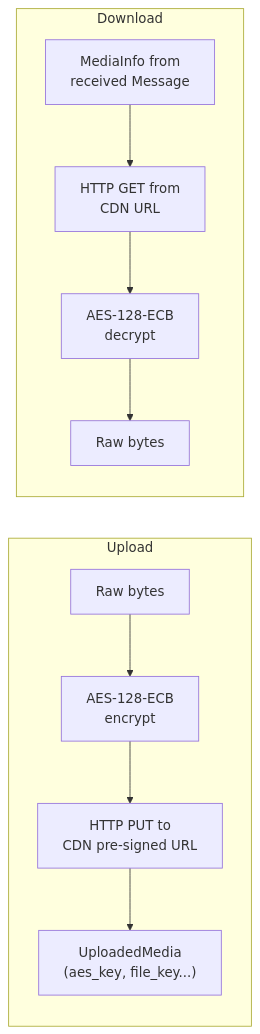
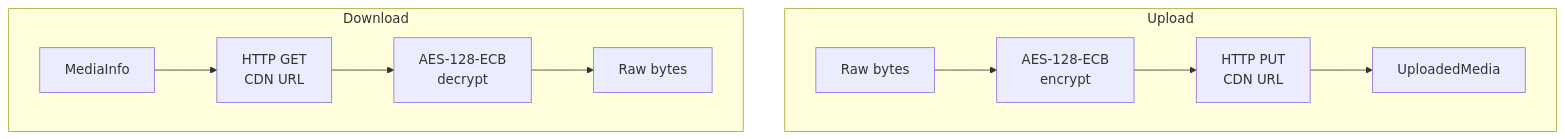
The sixth of 9 diagrams in docs/architecture.md (Oaklight/weilink), drawn with Mermaid before and after one commit. The commit also changed other lines of this file, not shown here.

Commit message:
Compact send routing diagram, side-by-side CDN pipeline subgraphs

````diff
--- a/docs/architecture.md
+++ b/docs/architecture.md
@@ -153,14 +152,16 @@
 ```mermaid
-flowchart LR
+flowchart TB
     subgraph Upload
+        direction LR
         A1[Raw bytes] --> A2["AES-128-ECB<br/>encrypt"]
-        A2 --> A3["HTTP PUT to<br/>CDN pre-signed URL"]
-        A3 --> A4["UploadedMedia<br/>(aes_key, file_key...)"]
+        A2 --> A3["HTTP PUT<br/>CDN URL"]
+        A3 --> A4["UploadedMedia"]
     end
 
     subgraph Download
-        B1["MediaInfo from<br/>received Message"] --> B2["HTTP GET from<br/>CDN URL"]
+        direction LR
+        B1["MediaInfo"] --> B2["HTTP GET<br/>CDN URL"]
         B2 --> B3["AES-128-ECB<br/>decrypt"]
         B3 --> B4[Raw bytes]
     end
 ```
````
